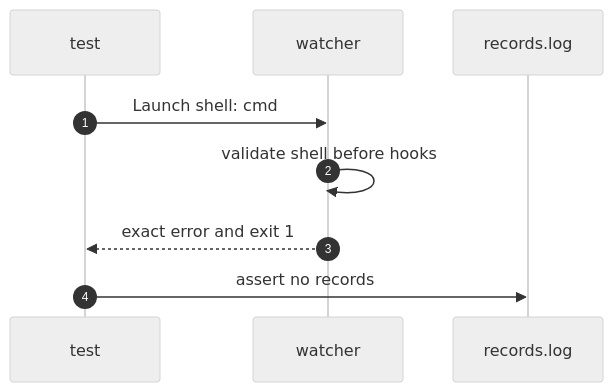
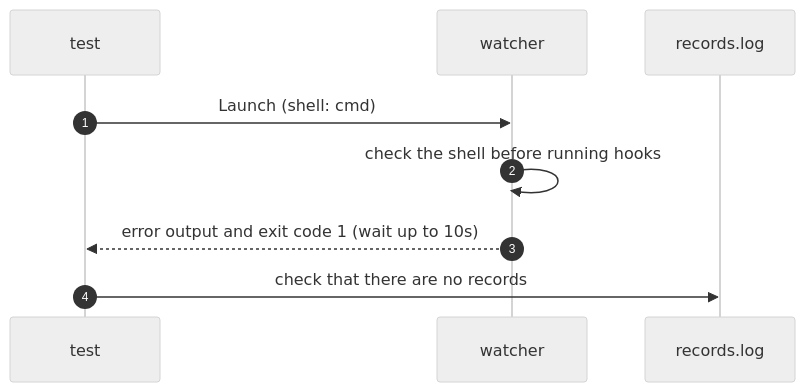
Before and after one commit to seungyeop-lee/directory-watcher: the diagram in e2e/docs/scenarios/windows-shell-rejected-on-unix.md, drawn with Mermaid (neutral theme). The commit also changed other lines of this file and 47 other files, not shown here.

````diff
--- a/e2e/docs/scenarios/windows-shell-rejected-on-unix.md
+++ b/e2e/docs/scenarios/windows-shell-rejected-on-unix.md
@@ -21,11 +21,11 @@
 ```mermaid
 sequenceDiagram
     autonumber
     participant testCode as test
     participant watcherProc as watcher
     participant recordFile as records.log
-    testCode->>watcherProc: Launch shell: cmd
-    watcherProc->>watcherProc: validate shell before hooks
-    watcherProc-->>testCode: exact error and exit 1
-    testCode->>recordFile: assert no records
+    testCode->>watcherProc: Launch (shell: cmd)
+    watcherProc->>watcherProc: check the shell before running hooks
+    watcherProc-->>testCode: error output and exit code 1 (wait up to 10s)
+    testCode->>recordFile: check that there are no records
 ```
````
